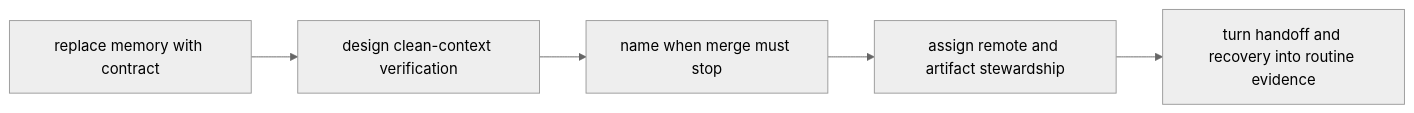
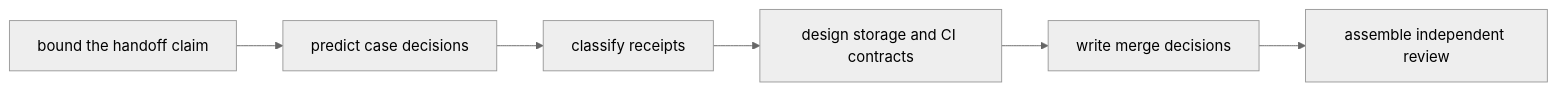
One commit to bijux/bijux-masterclass changed the second of 3 diagrams in programs/reproducible-research/deep-dive-dvc/course-book/module-07-collaboration-ci-social-contracts/exercises.md. Above: the diagram before and after it, drawn with Mermaid (neutral theme). The commit also changed other lines of this file, not shown here.

Commit message:
docs(dvc): make collaboration practice evidence driven

````diff
--- a/programs/reproducible-research/deep-dive-dvc/course-book/module-07-collaboration-ci-social-contracts/exercises.md
+++ b/programs/reproducible-research/deep-dive-dvc/course-book/module-07-collaboration-ci-social-contracts/exercises.md
@@ -19,7 +18,8 @@
 ```mermaid
 flowchart LR
-  memory["replace memory with contract"] --> ci["design clean-context verification"]
-  ci --> block["name when merge must stop"]
-  block --> steward["assign remote and artifact stewardship"]
-  steward --> drill["turn handoff and recovery into routine evidence"]
+  claim["bound the handoff claim"] --> predict["predict case decisions"]
+  predict --> evidence["classify receipts"]
+  evidence --> contracts["design storage and CI contracts"]
+  contracts --> decisions["write merge decisions"]
+  decisions --> review["assemble independent review"]
 ```
````
